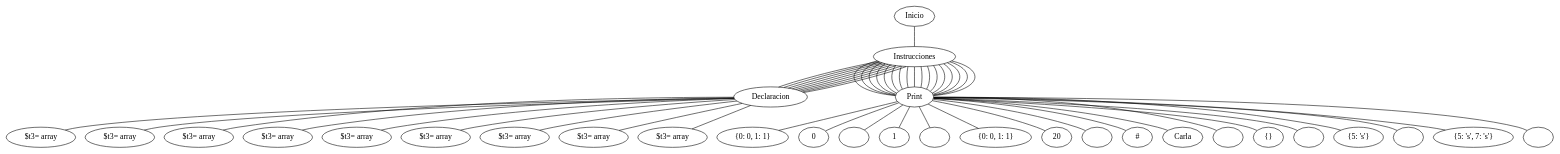
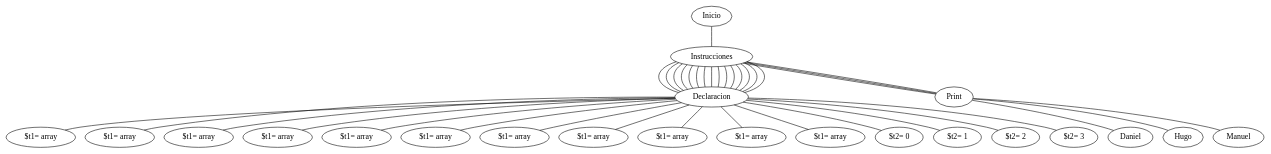
Before and after one commit to PabloOsuna1997/Proyecto_Augus: the diagram in reports/graph.dot, drawn with Graphviz. The commit also changed 10 other files, not shown here.

```diff
--- a/reports/graph.dot
+++ b/reports/graph.dot
@@ -1,109 +1,77 @@
 graph "" {n000 ;
 n000 [label="Inicio"] ;
 n000 -- n001;
 n001 [label="Instrucciones"] ;
 n001 -- n003;
 n003 [label="Declaracion"] ;
 n003 -- n004;
-n004 [label="$t3= array"] ;
+n004 [label="$t1= array"] ;
 n001 -- n003;
 n003 [label="Declaracion"] ;
 n003 -- n005;
-n005 [label="$t3= array"] ;
+n005 [label="$t1= array"] ;
 n001 -- n003;
 n003 [label="Declaracion"] ;
 n003 -- n006;
-n006 [label="$t3= array"] ;
-n001 -- n002;
-n002 [label="Print"] ;
-n002 -- n007;
-n007 [label="{0: 0, 1: 1}"] ;
-n001 -- n002;
-n002 [label="Print"] ;
-n002 -- n008;
-n008 [label="0"] ;
-n001 -- n002;
-n002 [label="Print"] ;
-n002 -- n009;
-n009 [label="\n"] ;
-n001 -- n002;
-n002 [label="Print"] ;
-n002 -- n0010;
-n0010 [label="1"] ;
-n001 -- n002;
-n002 [label="Print"] ;
-n002 -- n0011;
-n0011 [label="\n"] ;
+n006 [label="$t1= array"] ;
+n001 -- n003;
+n003 [label="Declaracion"] ;
+n003 -- n007;
+n007 [label="$t1= array"] ;
+n001 -- n003;
+n003 [label="Declaracion"] ;
+n003 -- n008;
+n008 [label="$t1= array"] ;
+n001 -- n003;
+n003 [label="Declaracion"] ;
+n003 -- n009;
+n009 [label="$t1= array"] ;
+n001 -- n003;
+n003 [label="Declaracion"] ;
+n003 -- n0010;
+n0010 [label="$t1= array"] ;
+n001 -- n003;
+n003 [label="Declaracion"] ;
+n003 -- n0011;
+n0011 [label="$t1= array"] ;
 n001 -- n003;
 n003 [label="Declaracion"] ;
 n003 -- n0012;
-n0012 [label="$t3= array"] ;
-n001 -- n002;
-n002 [label="Print"] ;
-n002 -- n0013;
-n0013 [label="{0: 0, 1: 1}"] ;
+n0012 [label="$t1= array"] ;
+n001 -- n003;
+n003 [label="Declaracion"] ;
+n003 -- n0013;
+n0013 [label="$t1= array"] ;
 n001 -- n003;
 n003 [label="Declaracion"] ;
 n003 -- n0014;
-n0014 [label="$t3= array"] ;
-n001 -- n002;
-n002 [label="Print"] ;
-n002 -- n0015;
-n0015 [label="20"] ;
+n0014 [label="$t1= array"] ;
+n001 -- n003;
+n003 [label="Declaracion"] ;
+n003 -- n0015;
+n0015 [label="$t2= 0"] ;
 n001 -- n002;
 n002 [label="Print"] ;
 n002 -- n0016;
-n0016 [label="\n"] ;
+n0016 [label="Daniel"] ;
+n001 -- n003;
+n003 [label="Declaracion"] ;
+n003 -- n0017;
+n0017 [label="$t2= 1"] ;
 n001 -- n002;
 n002 [label="Print"] ;
-n002 -- n0017;
-n0017 [label="#"] ;
+n002 -- n0018;
+n0018 [label="Hugo"] ;
 n001 -- n003;
 n003 [label="Declaracion"] ;
-n003 -- n0018;
-n0018 [label="$t3= array"] ;
-n001 -- n002;
-n002 [label="Print"] ;
-n002 -- n0019;
-n0019 [label="Carla"] ;
+n003 -- n0019;
+n0019 [label="$t2= 2"] ;
 n001 -- n002;
 n002 [label="Print"] ;
 n002 -- n0020;
-n0020 [label="\n"] ;
+n0020 [label="Manuel"] ;
 n001 -- n003;
 n003 [label="Declaracion"] ;
 n003 -- n0021;
-n0021 [label="$t3= array"] ;
-n001 -- n002;
-n002 [label="Print"] ;
-n002 -- n0022;
-n0022 [label="{}"] ;
-n001 -- n002;
-n002 [label="Print"] ;
-n002 -- n0023;
-n0023 [label="\n"] ;
-n001 -- n003;
-n003 [label="Declaracion"] ;
-n003 -- n0024;
-n0024 [label="$t3= array"] ;
-n001 -- n002;
-n002 [label="Print"] ;
-n002 -- n0025;
-n0025 [label="{5: 's'}"] ;
-n001 -- n002;
-n002 [label="Print"] ;
-n002 -- n0026;
-n0026 [label="\n"] ;
-n001 -- n003;
-n003 [label="Declaracion"] ;
-n003 -- n0027;
-n0027 [label="$t3= array"] ;
-n001 -- n002;
-n002 [label="Print"] ;
-n002 -- n0028;
-n0028 [label="{5: 's', 7: 's'}"] ;
-n001 -- n002;
-n002 [label="Print"] ;
-n002 -- n0029;
-n0029 [label="\n"] ;
+n0021 [label="$t2= 3"] ;
 }
```
